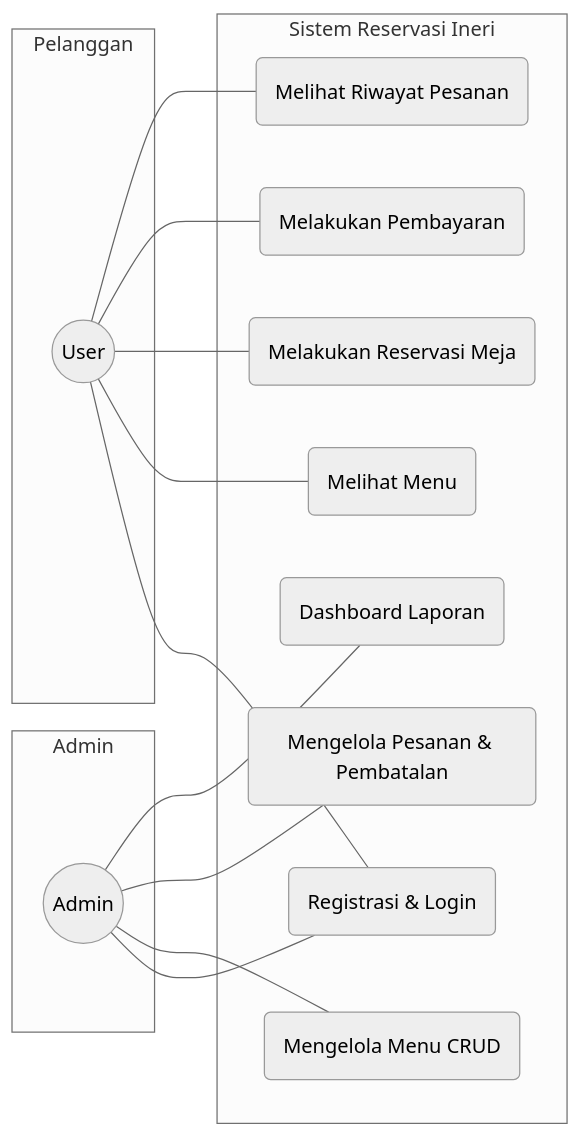
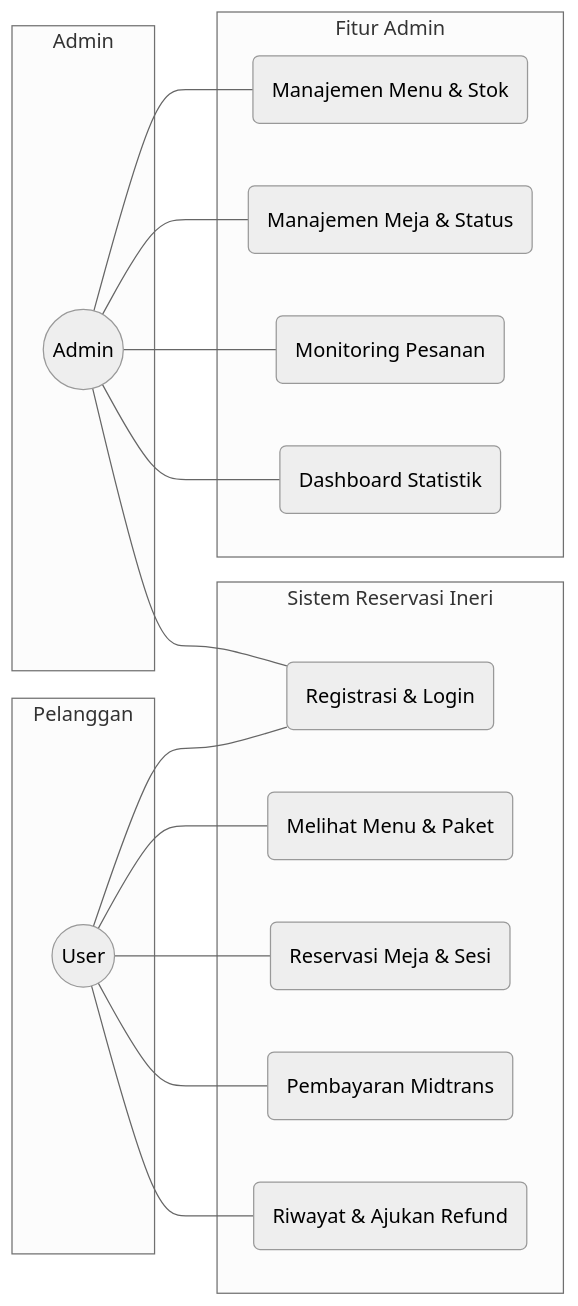
Before and after one commit to AkbarHusaini/website-reservasi-online-Ineri-suki: the first of 3 diagrams in DIAGRAM.md, drawn with Mermaid (neutral theme). The commit also changed other lines of this file, not shown here.

Commit message:
docs: final update for all UML diagrams (Skripsi edition)

````diff
--- a/DIAGRAM.md
+++ b/DIAGRAM.md
@@ -10,32 +10,37 @@
 ```mermaid
 graph LR
     subgraph Pelanggan
         U((User))
     end
 
     subgraph "Sistem Reservasi Ineri"
         UC1(Registrasi & Login)
-        UC2(Melihat Menu)
-        UC3(Melakukan Reservasi Meja)
-        UC4(Melakukan Pembayaran)
-        UC5(Melihat Riwayat Pesanan)
-        UC6(Mengelola Menu CRUD)
-        UC7(Mengelola Pesanan & Pembatalan)
-        UC8(Dashboard Laporan)
+        UC2(Melihat Menu & Paket)
+        UC3(Reservasi Meja & Sesi)
+        UC4(Pembayaran Midtrans)
+        UC5(Riwayat & Ajukan Refund)
     end
 
     subgraph Admin
         A((Admin))
+    end
+
+    subgraph "Fitur Admin"
+        UC6(Manajemen Menu & Stok)
+        UC7(Manajemen Meja & Status)
+        UC8(Monitoring Pesanan)
+        UC9(Dashboard Statistik)
     end
 
     U --- UC1
     U --- UC2
     U --- UC3
     U --- UC4
     U --- UC5
 
     A --- UC1
     A --- UC6
     A --- UC7
     A --- UC8
+    A --- UC9
 ```
````
